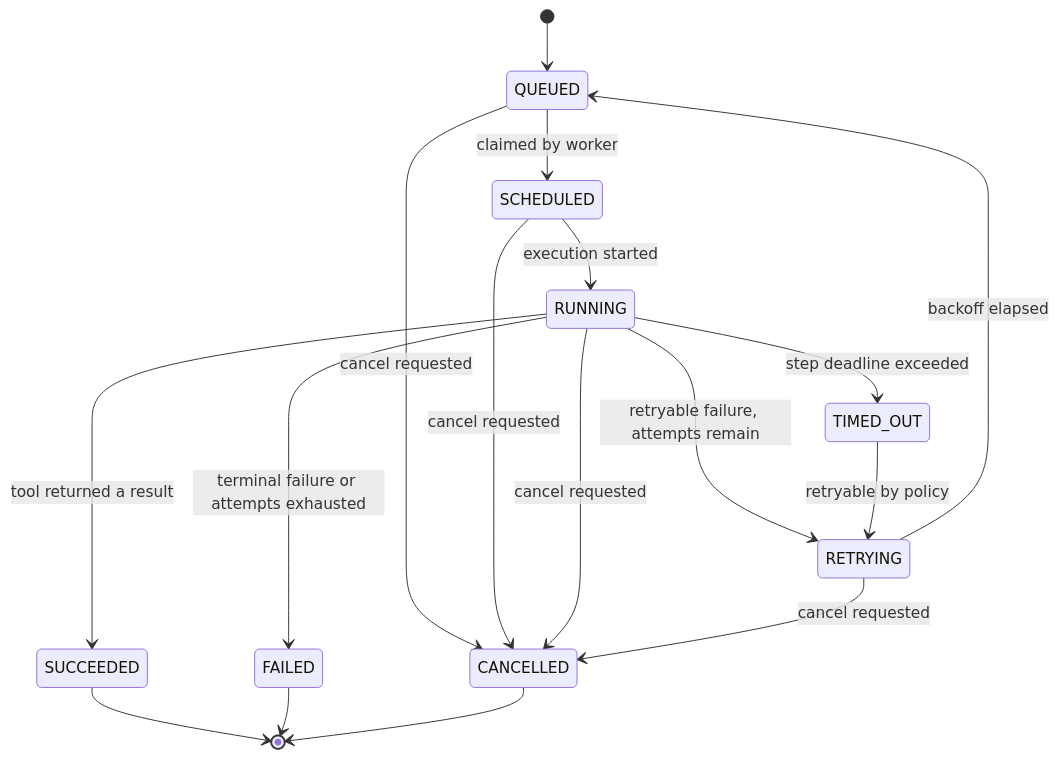
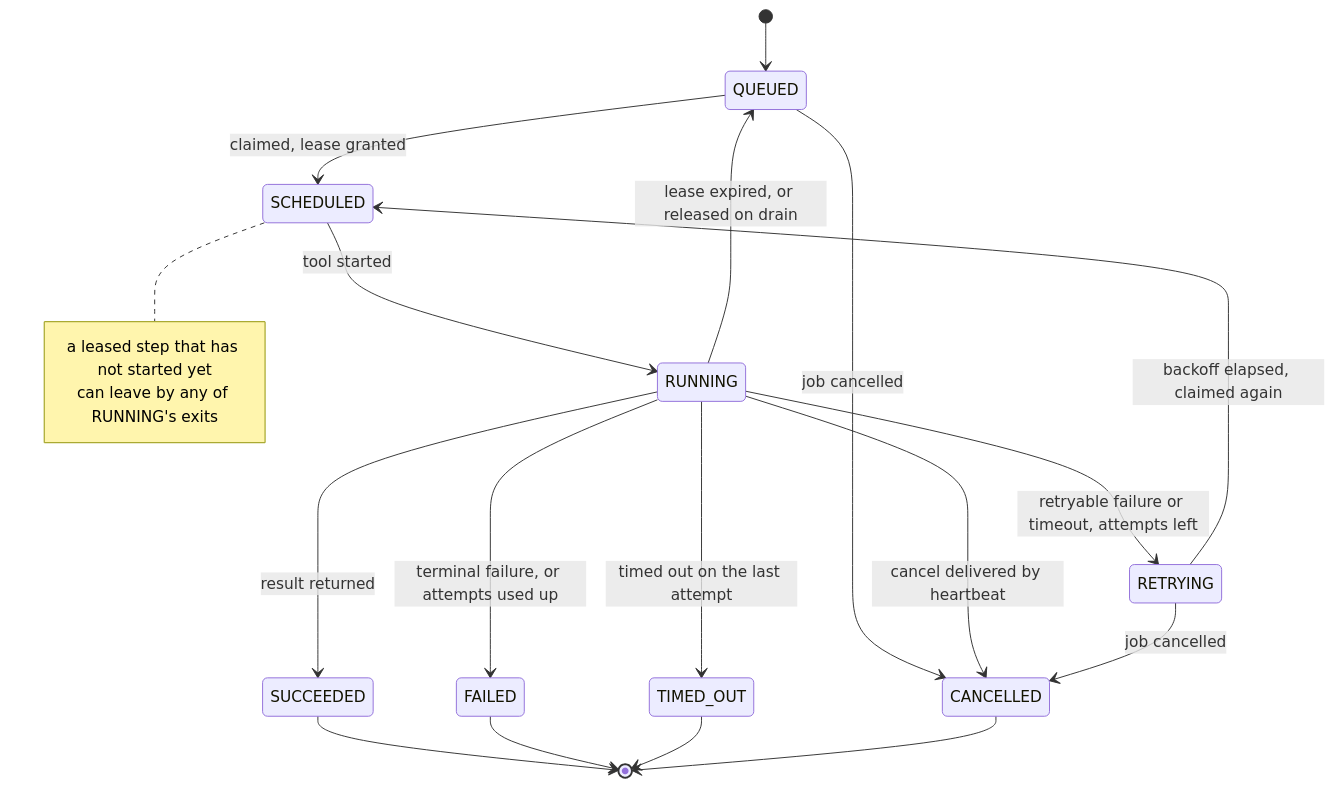
One commit to kalanas210/runmesh changed the third of 5 diagrams in docs/architecture/README.md. Above: the diagram before and after it, drawn with Mermaid. The commit also changed other lines of this file and 10 other files, not shown here.

````diff
--- a/docs/architecture/README.md
+++ b/docs/architecture/README.md
@@ -79,19 +78,23 @@
 ```mermaid
 stateDiagram-v2
     [*] --> QUEUED
-    QUEUED --> SCHEDULED: claimed by worker
-    QUEUED --> CANCELLED: cancel requested
-    SCHEDULED --> RUNNING: execution started
-    SCHEDULED --> CANCELLED: cancel requested
-    RUNNING --> SUCCEEDED: tool returned a result
-    RUNNING --> RETRYING: retryable failure, attempts remain
-    RUNNING --> FAILED: terminal failure or attempts exhausted
-    RUNNING --> TIMED_OUT: step deadline exceeded
-    RUNNING --> CANCELLED: cancel requested
-    RETRYING --> QUEUED: backoff elapsed
-    RETRYING --> CANCELLED: cancel requested
-    TIMED_OUT --> RETRYING: retryable by policy
+    QUEUED --> SCHEDULED: claimed, lease granted
+    QUEUED --> CANCELLED: job cancelled
+    SCHEDULED --> RUNNING: tool started
+    RUNNING --> SUCCEEDED: result returned
+    RUNNING --> RETRYING: retryable failure or timeout, attempts left
+    RUNNING --> FAILED: terminal failure, or attempts used up
+    RUNNING --> TIMED_OUT: timed out on the last attempt
+    RUNNING --> QUEUED: lease expired, or released on drain
+    RUNNING --> CANCELLED: cancel delivered by heartbeat
+    RETRYING --> SCHEDULED: backoff elapsed, claimed again
+    RETRYING --> CANCELLED: job cancelled
+    note right of SCHEDULED
+        a leased step that has not started yet
+        can leave by any of RUNNING's exits
+    end note
     SUCCEEDED --> [*]
     FAILED --> [*]
+    TIMED_OUT --> [*]
     CANCELLED --> [*]
 ```
````
